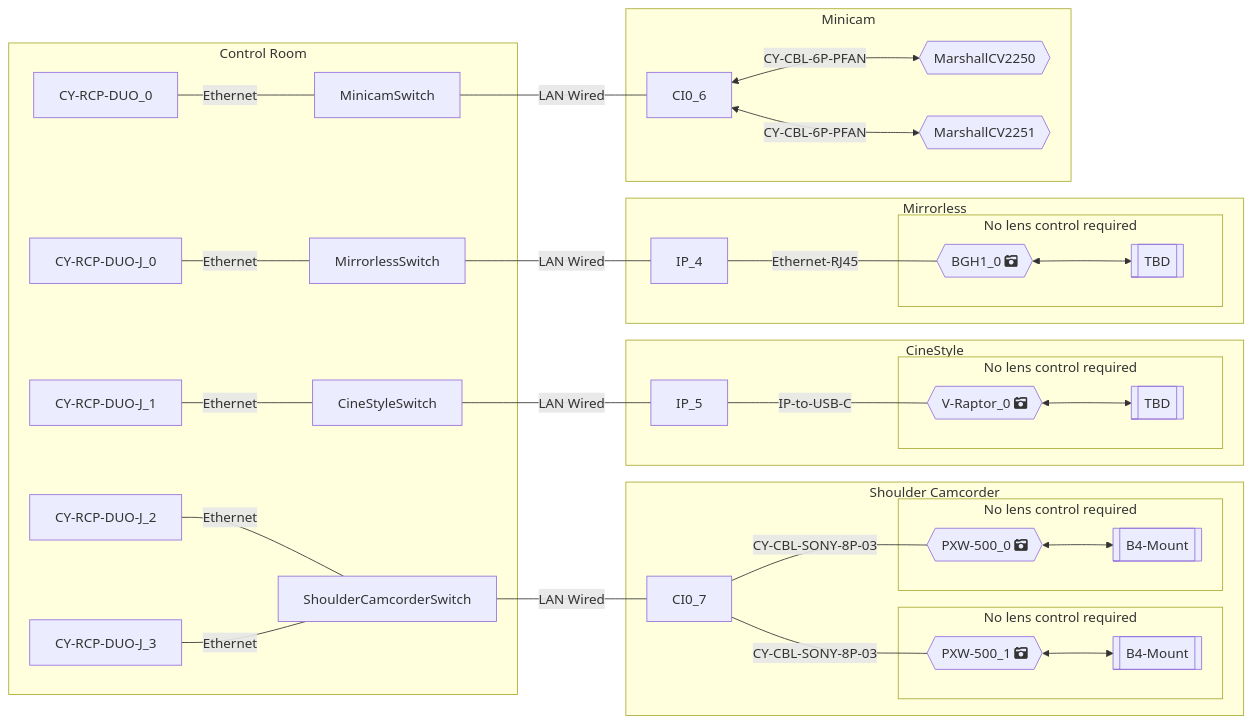
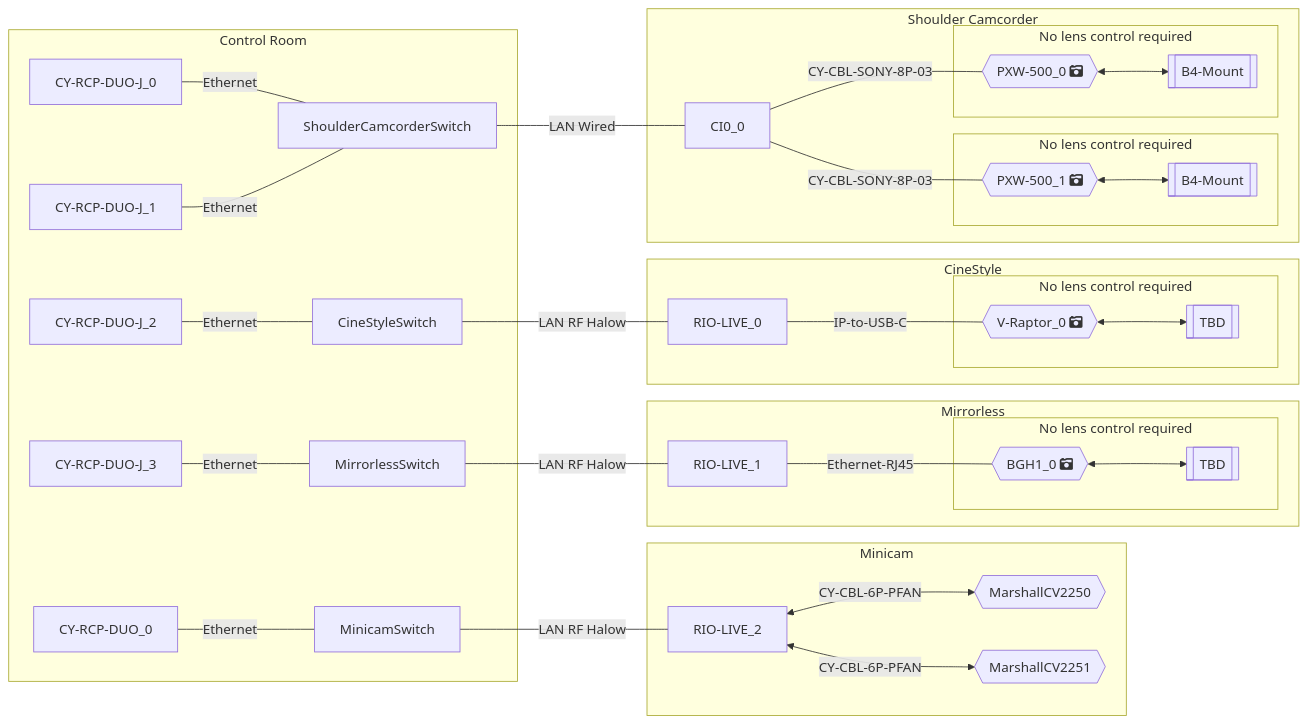
One commit to Rascarquapac/cyansim changed the diagram in debug/mermaid_code_obj.md. Above: the diagram before and after it, drawn with Mermaid. The commit also changed 3 other files, not shown here.

```diff
--- a/debug/mermaid_code_obj.md
+++ b/debug/mermaid_code_obj.md
@@ -1,61 +1,61 @@
 :::mermaid
 graph RL
-subgraph Minicam
-%% CameraCategory:Fixed Lens, LensControl:No Need, LensType:Manual
-%%DBG: CC.FIXED_LENS branch
-CV225_0{{"MarshallCV2250"}}<-->|CY-CBL-6P-PFAN|CI0_6
-%% CameraCategory:Fixed Lens, LensControl:No Need, LensType:Manual
-%%DBG: CC.FIXED_LENS branch
-CV225_1{{"MarshallCV2251"}}<-->|CY-CBL-6P-PFAN|CI0_6
-end
-subgraph Mirrorless
-%% CameraCategory:Cine Interchangeable, LensControl:No Need, LensType:TBD
-%%DBG: NOT (CC.FIXED_LENS, CC.IZF_INTEGRATED) branch
-TBD_BGH1_0[[TBD]]<-->BGH1_0
-BGH1_0{{"BGH1_0 fa:fa-camera-retro"}}---|Ethernet-RJ45|IP_4
-  subgraph BGH1_0_cameralens [No lens control required]
-    BGH1_0
-    TBD_BGH1_0[[TBD]]
-  end
-end
-subgraph CineStyle
-%% CameraCategory:Cine Interchangeable, LensControl:No Need, LensType:TBD
-%%DBG: NOT (CC.FIXED_LENS, CC.IZF_INTEGRATED) branch
-TBD_V-Raptor_0[[TBD]]<-->V-Raptor_0
-V-Raptor_0{{"V-Raptor_0 fa:fa-camera-retro"}}---|IP-to-USB-C|IP_5
-  subgraph V-Raptor_0_cameralens [No lens control required]
-    V-Raptor_0
-    TBD_V-Raptor_0[[TBD]]
-  end
-end
 subgraph Shoulder Camcorder
 %% CameraCategory:Broadcast, LensControl:No Need, LensType:B4-Mount
 %%DBG: NOT (CC.FIXED_LENS, CC.IZF_INTEGRATED) branch
 B4-Mount_PXW-500_0[[B4-Mount]]<-->PXW-500_0
-PXW-500_0{{"PXW-500_0 fa:fa-camera-retro"}}---|CY-CBL-SONY-8P-03|CI0_7
+PXW-500_0{{"PXW-500_0 fa:fa-camera-retro"}}---|CY-CBL-SONY-8P-03|CI0_0
   subgraph PXW-500_0_cameralens [No lens control required]
     PXW-500_0
     B4-Mount_PXW-500_0[[B4-Mount]]
   end
 %% CameraCategory:Broadcast, LensControl:No Need, LensType:B4-Mount
 %%DBG: NOT (CC.FIXED_LENS, CC.IZF_INTEGRATED) branch
 B4-Mount_PXW-500_1[[B4-Mount]]<-->PXW-500_1
-PXW-500_1{{"PXW-500_1 fa:fa-camera-retro"}}---|CY-CBL-SONY-8P-03|CI0_7
+PXW-500_1{{"PXW-500_1 fa:fa-camera-retro"}}---|CY-CBL-SONY-8P-03|CI0_0
   subgraph PXW-500_1_cameralens [No lens control required]
     PXW-500_1
     B4-Mount_PXW-500_1[[B4-Mount]]
   end
 end
+subgraph CineStyle
+%% CameraCategory:Cine Interchangeable, LensControl:No Need, LensType:TBD
+%%DBG: NOT (CC.FIXED_LENS, CC.IZF_INTEGRATED) branch
+TBD_V-Raptor_0[[TBD]]<-->V-Raptor_0
+V-Raptor_0{{"V-Raptor_0 fa:fa-camera-retro"}}---|IP-to-USB-C|RIO-LIVE_0
+  subgraph V-Raptor_0_cameralens [No lens control required]
+    V-Raptor_0
+    TBD_V-Raptor_0[[TBD]]
+  end
+end
+subgraph Mirrorless
+%% CameraCategory:Cine Interchangeable, LensControl:No Need, LensType:TBD
+%%DBG: NOT (CC.FIXED_LENS, CC.IZF_INTEGRATED) branch
+TBD_BGH1_0[[TBD]]<-->BGH1_0
+BGH1_0{{"BGH1_0 fa:fa-camera-retro"}}---|Ethernet-RJ45|RIO-LIVE_1
+  subgraph BGH1_0_cameralens [No lens control required]
+    BGH1_0
+    TBD_BGH1_0[[TBD]]
+  end
+end
+subgraph Minicam
+%% CameraCategory:Fixed Lens, LensControl:No Need, LensType:Manual
+%%DBG: CC.FIXED_LENS branch
+CV225_0{{"MarshallCV2250"}}<-->|CY-CBL-6P-PFAN|RIO-LIVE_2
+%% CameraCategory:Fixed Lens, LensControl:No Need, LensType:Manual
+%%DBG: CC.FIXED_LENS branch
+CV225_1{{"MarshallCV2251"}}<-->|CY-CBL-6P-PFAN|RIO-LIVE_2
+end
 subgraph "Control Room" 
-CI0_6 --- |LAN Wired|MinicamSwitch
-IP_4 --- |LAN Wired|MirrorlessSwitch
-IP_5 --- |LAN Wired|CineStyleSwitch
-CI0_7 --- |LAN Wired|ShoulderCamcorderSwitch
+CI0_0 --- |LAN Wired|ShoulderCamcorderSwitch
+RIO-LIVE_0 --- |LAN RF Halow|CineStyleSwitch
+RIO-LIVE_1 --- |LAN RF Halow|MirrorlessSwitch
+RIO-LIVE_2 --- |LAN RF Halow|MinicamSwitch
+ShoulderCamcorderSwitch --- |Ethernet|CY-RCP-DUO-J_0
+ShoulderCamcorderSwitch --- |Ethernet|CY-RCP-DUO-J_1
+CineStyleSwitch --- |Ethernet|CY-RCP-DUO-J_2
+MirrorlessSwitch --- |Ethernet|CY-RCP-DUO-J_3
 MinicamSwitch --- |Ethernet|CY-RCP-DUO_0
-MirrorlessSwitch --- |Ethernet|CY-RCP-DUO-J_0
-CineStyleSwitch --- |Ethernet|CY-RCP-DUO-J_1
-ShoulderCamcorderSwitch --- |Ethernet|CY-RCP-DUO-J_2
-ShoulderCamcorderSwitch --- |Ethernet|CY-RCP-DUO-J_3
 end
 
 :::
```
